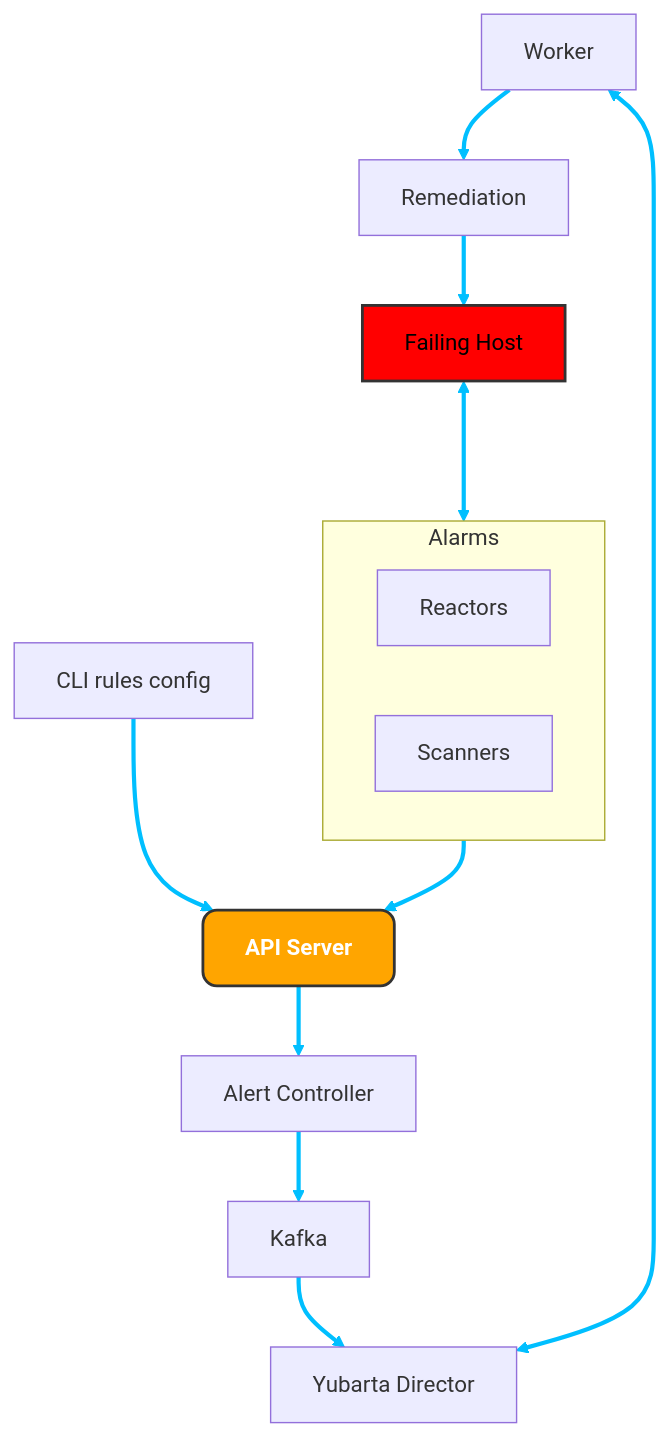
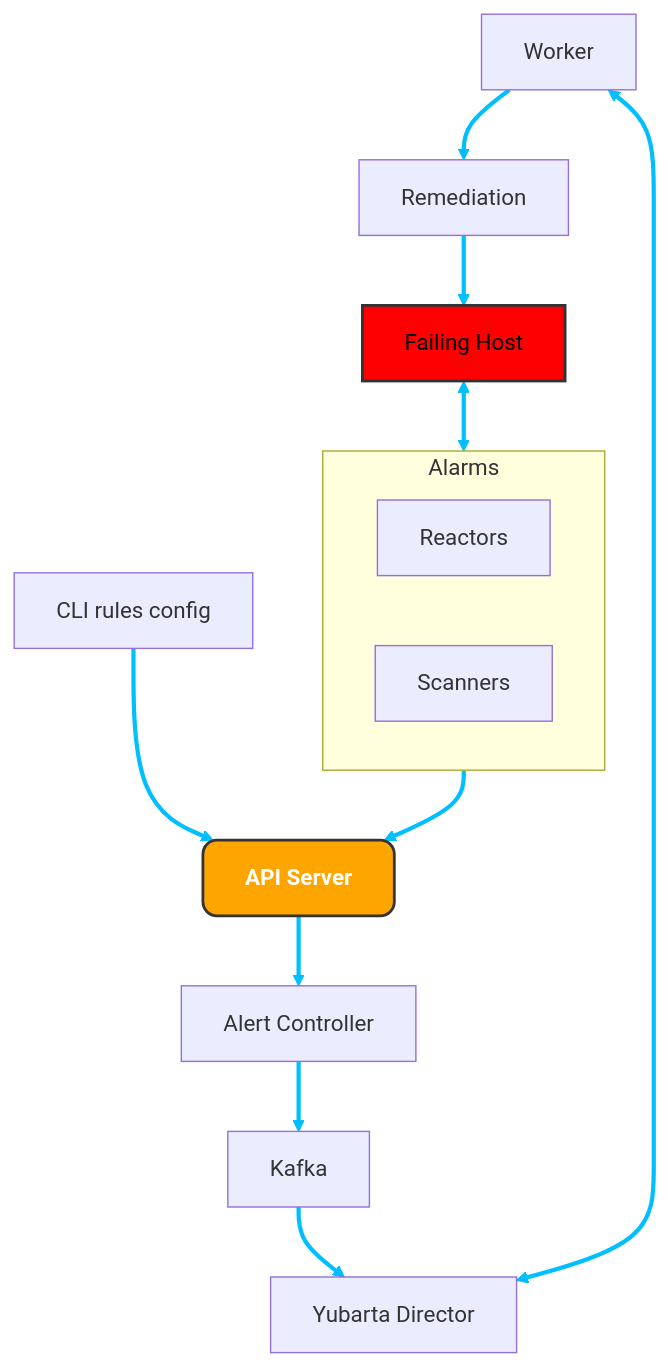
Before and after one commit to dfrojas/yubarta: the diagram in documentation/arch.mmd, drawn with Mermaid. The commit also changed other lines of this file and 5 other files, not shown here.

```diff
--- a/documentation/arch.mmd
+++ b/documentation/arch.mmd
@@ -1,42 +1,42 @@
 graph TB
   %% Node definitions
   CLI["CLI rules config"]
   APIServer["API Server"]
   Reactors["Reactors"]
   Scanners["Scanners"]
   AlertController["Alert Controller"]
   Kafka["Kafka"]
   Director["Yubarta Director"]
   Worker["Worker"]
   Remediation["Remediation"]
   Host["Failing Host"]
 
   %% Node styling
   classDef component fill:#FFA500,stroke:#333,stroke-width:2px,color:#fff,rx:10,ry:10,font-weight:bold;
   class APIServer component;
 
   classDef host fill:red,stroke:#333,stroke-width:2px,color:#000;
   class Host host;
 
   %% Arrows
   linkStyle default stroke:#00BFFF,stroke-width:3px;
 
   %% Layout
   CLI --> APIServer
 
   subgraph Alarms
     Reactors
     Scanners    
   end
   
-  Host <---> Alarms
+  Host <--> Alarms
   Alarms --> APIServer
   
   APIServer --> AlertController
   AlertController --> Kafka
   
   Kafka --> Director
   Worker <--> Director
   Worker --> Remediation
 
   Remediation --> Host
```
